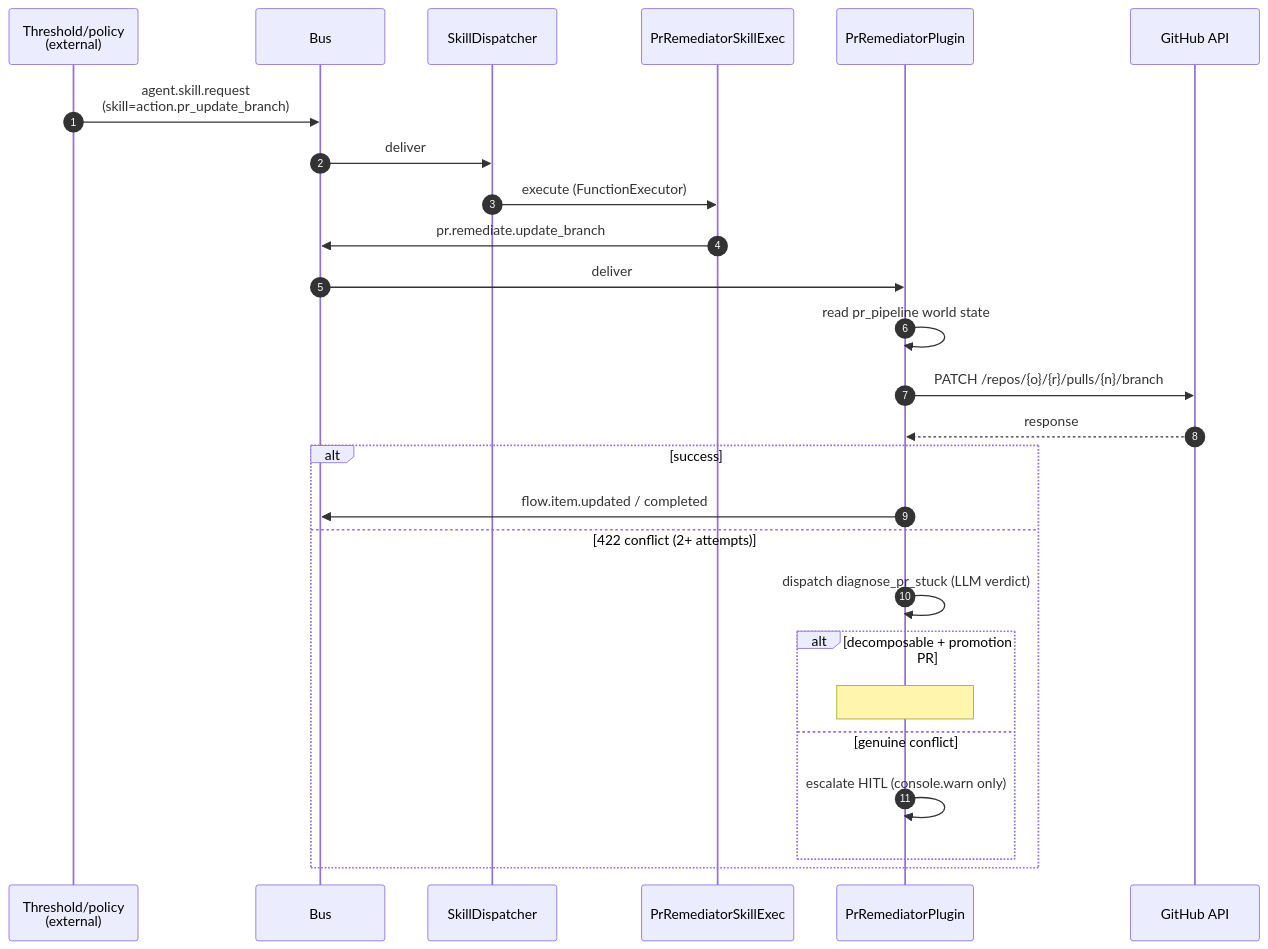
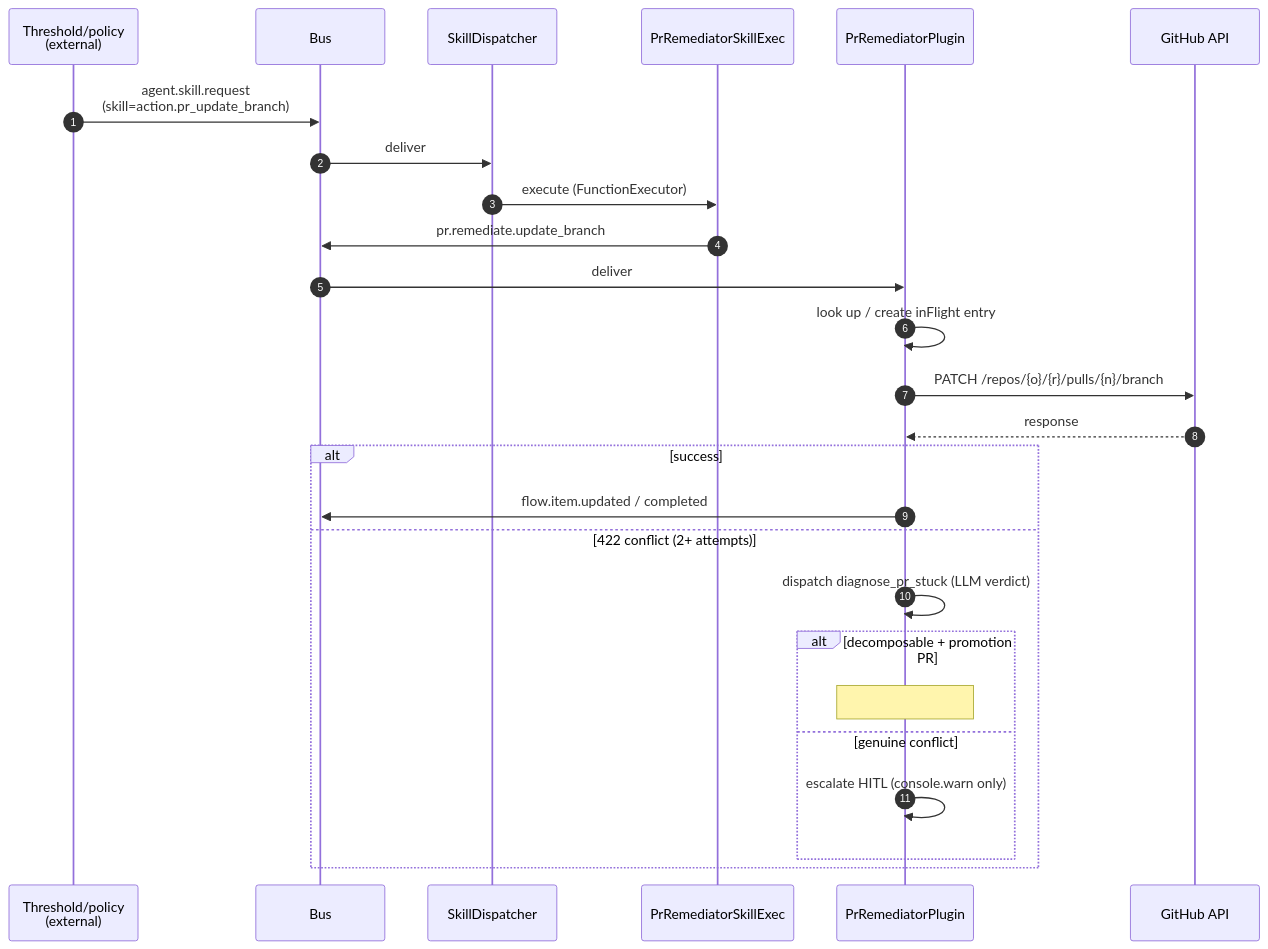
One commit to protoLabsAI/protoWorkstacean changed the second of 2 diagrams in docs/architecture/flow-alert-remediator.md. Above: the diagram before and after it, drawn with Mermaid. The commit also changed other lines of this file and 16 other files, not shown here.

````diff
--- a/docs/architecture/flow-alert-remediator.md
+++ b/docs/architecture/flow-alert-remediator.md
@@ -109,31 +106,31 @@
 ```mermaid
 sequenceDiagram
     autonumber
     participant TE as Threshold/policy<br/>(external)
     participant Bus as Bus
     participant SD as SkillDispatcher
     participant PRE as PrRemediatorSkillExec
     participant PR as PrRemediatorPlugin
     participant GH as GitHub API
 
     TE->>Bus: agent.skill.request<br/>(skill=action.pr_update_branch)
     Bus->>SD: deliver
     SD->>PRE: execute (FunctionExecutor)
     PRE->>Bus: pr.remediate.update_branch
     Bus->>PR: deliver
 
-    PR->>PR: read pr_pipeline world state
+    PR->>PR: look up / create inFlight entry
     PR->>GH: PATCH /repos/{o}/{r}/pulls/{n}/branch
     GH-->>PR: response
 
     alt success
         PR->>Bus: flow.item.updated / completed
     else 422 conflict (2+ attempts)
         PR->>PR: dispatch diagnose_pr_stuck (LLM verdict)
         alt decomposable + promotion PR
             Note over PR: #465 destructive guard:<br/>suppress close, escalate HITL
         else genuine conflict
             PR->>PR: escalate HITL (console.warn only)
         end
     end
 ```
````
